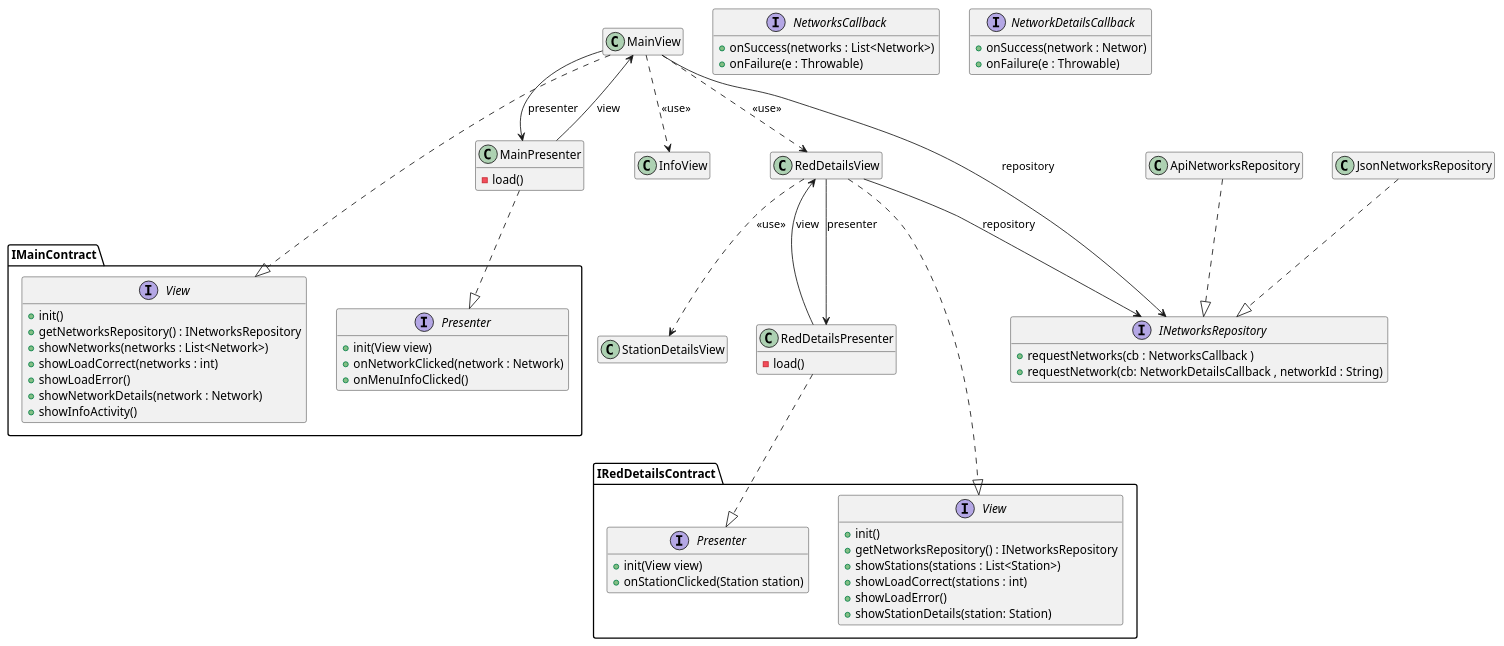
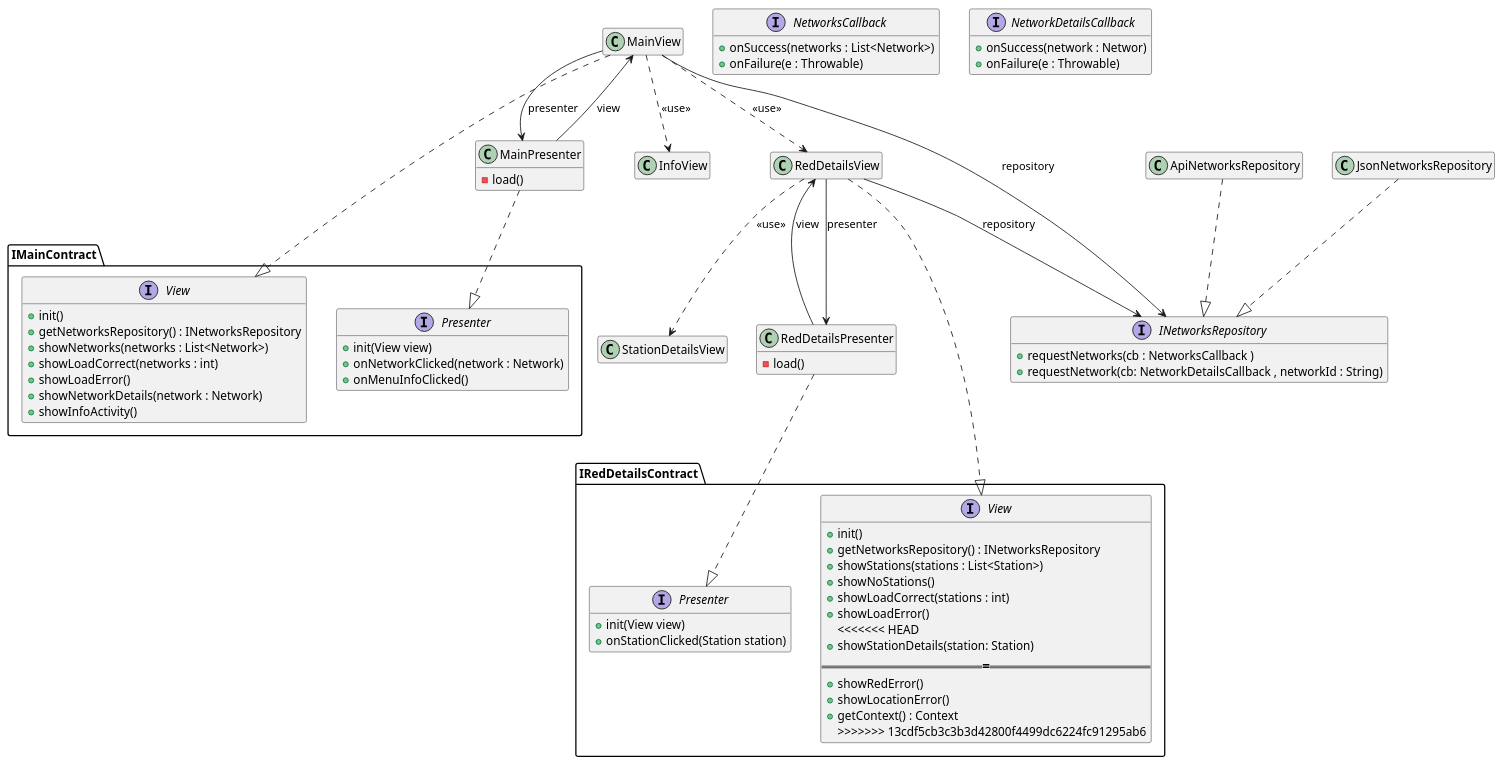
One commit to isunican/App-Bicis-Grupo1 changed the diagram in Docs/Models/architecture.puml. Above: the diagram before and after it, drawn with PlantUML. The commit also changed 11 other files, not shown here.

```diff
--- a/Docs/Models/architecture.puml
+++ b/Docs/Models/architecture.puml
@@ -1,89 +1,96 @@
 @startuml architecture
 
 hide empty members
 
 MainView ..|> IMainContract.View
 MainPresenter ..|> IMainContract.Presenter
 MainView --> INetworksRepository : repository
 ApiNetworksRepository ..|> INetworksRepository
 JsonNetworksRepository ..|> INetworksRepository
 MainView --> MainPresenter : presenter
 MainPresenter --> MainView : view
 MainView ..> InfoView : <<use>>
 MainView ..> RedDetailsView : <<use>>
 RedDetailsView ..> StationDetailsView : <<use>>
 
 RedDetailsView ..|> IRedDetailsContract.View
 RedDetailsPresenter ..|> IRedDetailsContract.Presenter
 RedDetailsView --> INetworksRepository : repository
 RedDetailsView --> RedDetailsPresenter : presenter
 RedDetailsPresenter --> RedDetailsView : view
 
 class MainView {
 }
 
 class MainPresenter {
     -load()
 }
 
 class InfoView
 
 class StationDetailsView
 
 class RedDetailsView {
     
 }
 class RedDetailsPresenter {
     -load()
 }
 
 class ApiNetworksRepository
 class JsonNetworksRepository
 
 interface IMainContract.View {
     + init()
     + getNetworksRepository() : INetworksRepository
     + showNetworks(networks : List<Network>)
     + showLoadCorrect(networks : int)
     + showLoadError()
     + showNetworkDetails(network : Network)
     + showInfoActivity()
 }
 
 interface IMainContract.Presenter {
     + init(View view)
     + onNetworkClicked(network : Network)
     + onMenuInfoClicked()
 }
 
 interface IRedDetailsContract.View {
     + init()
     + getNetworksRepository() : INetworksRepository
     + showStations(stations : List<Station>)
+    + showNoStations()
     + showLoadCorrect(stations : int)
     + showLoadError()
+<<<<<<< HEAD
     + showStationDetails(station: Station)
+=======
+    + showRedError()
+    + showLocationError()
+    + getContext() : Context
+>>>>>>> 13cdf5cb3c3b3d42800f4499dc6224fc91295ab6
 }
 
 interface IRedDetailsContract.Presenter {
     + init(View view)
     + onStationClicked(Station station)
 }
 
 interface INetworksRepository {
     + requestNetworks(cb : NetworksCallback )
     + requestNetwork(cb: NetworkDetailsCallback , networkId : String)
 }
 
 interface NetworksCallback {
     + onSuccess(networks : List<Network>)
     + onFailure(e : Throwable)
 }
 
 interface NetworkDetailsCallback {
     + onSuccess(network : Networ)
     + onFailure(e : Throwable)
 }
 
 
 @enduml
```
